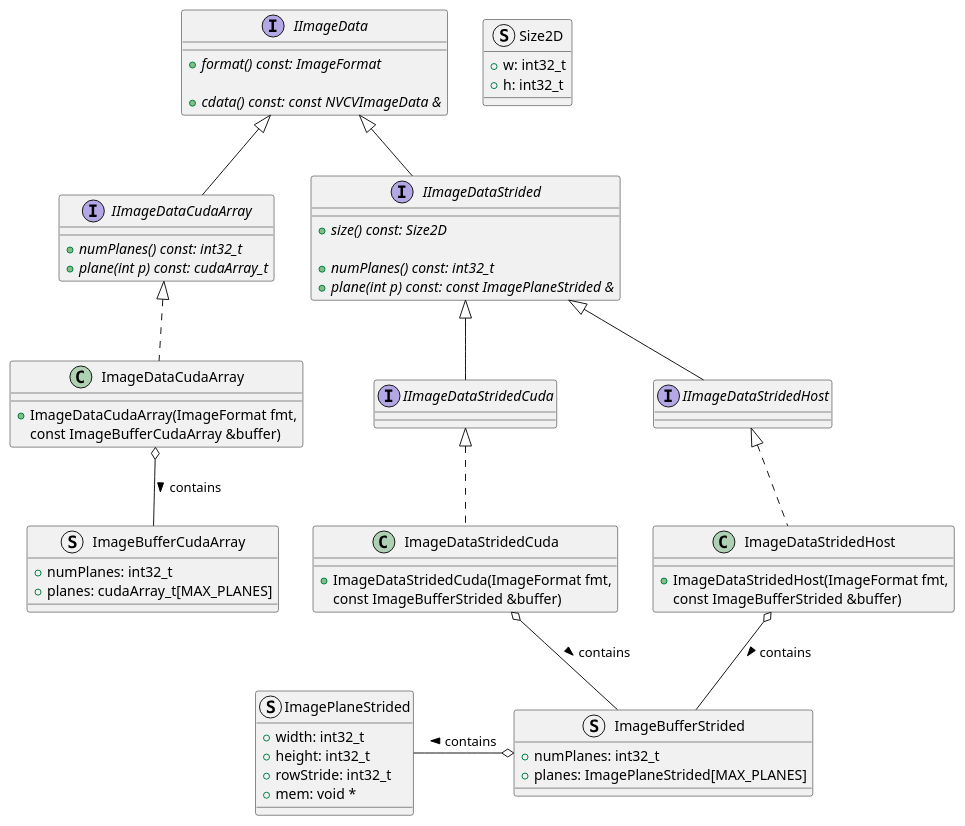
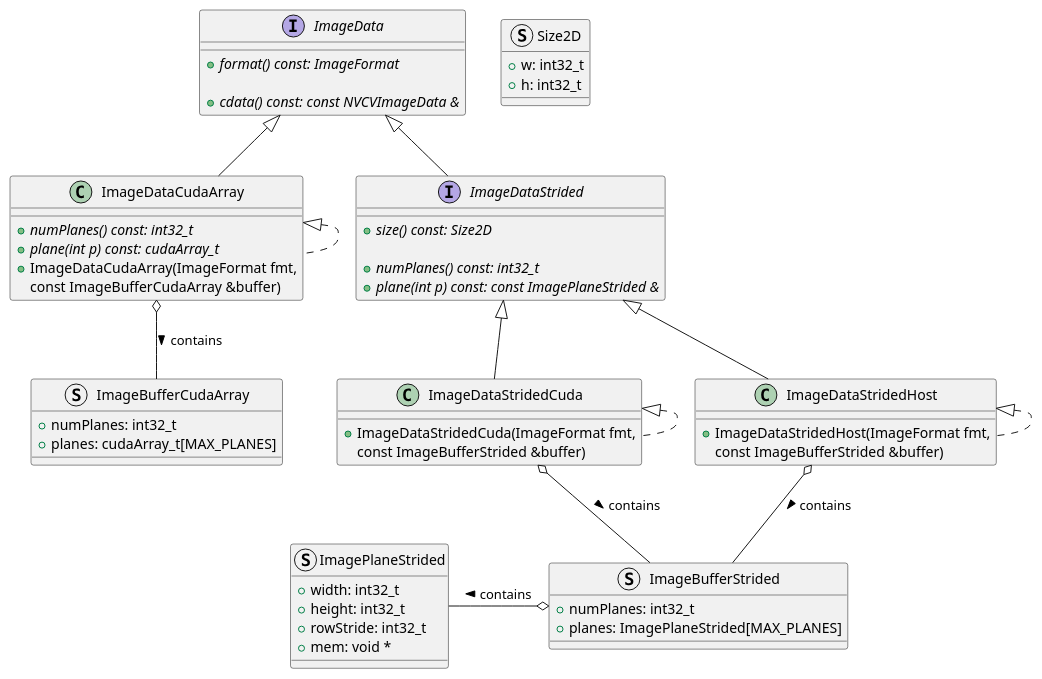
Before and after one commit to JanuszL/CV-CUDA: the diagram in docs/design/image_data_classes.puml, drawn with PlantUML. The commit also changed other lines of this file and 50 other files, not shown here.

Commit message:
Remove IImageData. Use ImageData by value.

```diff
--- a/docs/design/image_data_classes.puml
+++ b/docs/design/image_data_classes.puml
@@ -13,82 +13,82 @@
 @startuml
 
-interface IImageData
+interface ImageData
 {
     + {abstract} format() const: ImageFormat
 
     + {abstract} cdata() const: const NVCVImageData &
 }
 
-interface IImageDataCudaArray extends IImageData
+interface ImageDataCudaArray extends ImageData
 {
     + {abstract} numPlanes() const: int32_t
     + {abstract} plane(int p) const: cudaArray_t
 }
 
 struct Size2D
 {
     + w: int32_t
     + h: int32_t
 }
 
 struct ImagePlaneStrided
 {
     + width: int32_t
     + height: int32_t
     + rowStride: int32_t
     + mem: void *
 }
 
-interface IImageDataStrided extends IImageData
+interface ImageDataStrided extends ImageData
 {
     + {abstract} size() const: Size2D
 
     + {abstract} numPlanes() const: int32_t
     + {abstract} plane(int p) const: const ImagePlaneStrided &
 }
 
-interface IImageDataStridedCuda implements IImageDataStrided
+interface ImageDataStridedCuda implements ImageDataStrided
 {
 }
 
-interface IImageDataStridedHost implements IImageDataStrided
+interface ImageDataStridedHost implements ImageDataStrided
 {
 }
 
 struct ImageBufferCudaArray
 {
     + numPlanes: int32_t
     + planes: cudaArray_t[MAX_PLANES]
 }
 
-class ImageDataCudaArray implements IImageDataCudaArray
+class ImageDataCudaArray implements ImageDataCudaArray
 {
     + ImageDataCudaArray(ImageFormat fmt,
                          const ImageBufferCudaArray &buffer)
 }
 
 struct ImageBufferStrided
 {
     + numPlanes: int32_t
     + planes: ImagePlaneStrided[MAX_PLANES]
 }
 
-class ImageDataStridedCuda implements IImageDataStridedCuda
+class ImageDataStridedCuda implements ImageDataStridedCuda
 {
     + ImageDataStridedCuda(ImageFormat fmt,
                            const ImageBufferStrided &buffer)
 }
 
-class ImageDataStridedHost implements IImageDataStridedHost
+class ImageDataStridedHost implements ImageDataStridedHost
 {
     + ImageDataStridedHost(ImageFormat fmt,
                          const ImageBufferStrided &buffer)
 }
 
 ImageBufferStrided -up-o ImageDataStridedHost: contains <
 ImageBufferStrided -up-o ImageDataStridedCuda: contains <
 ImagePlaneStrided -right-o ImageBufferStrided: contains <
 
 ImageBufferCudaArray -up-o ImageDataCudaArray: contains <
 
 @enduml
```
